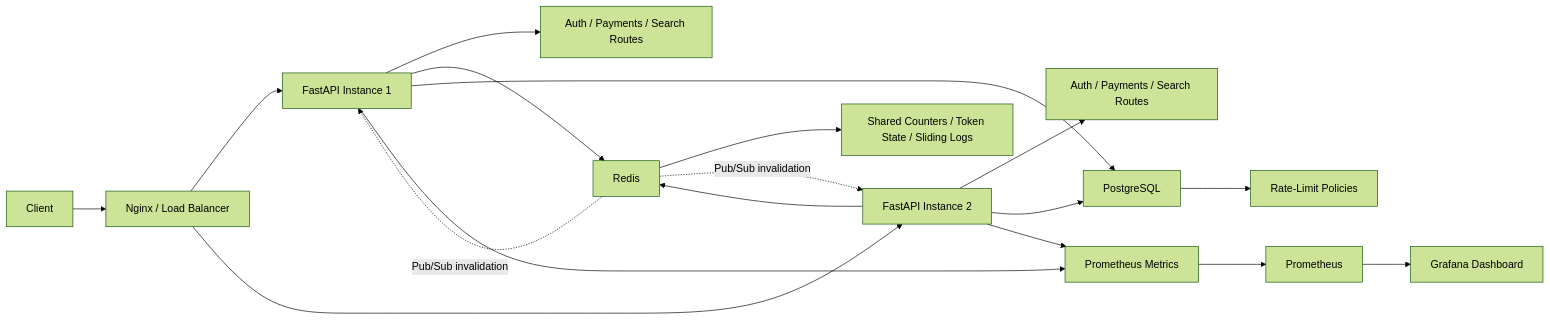
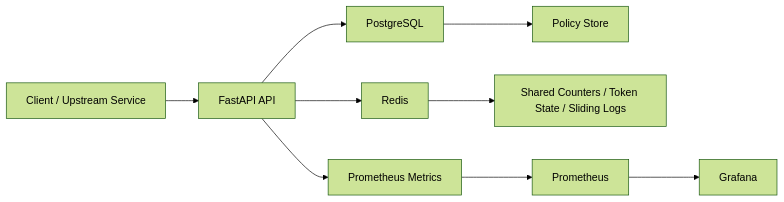
The diagram in README.md (Nava-deep/DistributedRateLimiter), drawn with Mermaid (forest theme) before and after one commit. The commit also changed other lines of this file and 4 other files, not shown here.

````diff
--- a/README.md
+++ b/README.md
@@ -123,25 +66,11 @@
 ```mermaid
 flowchart LR
-    Client["Client"] --> LB["Nginx / Load Balancer"]
-    LB --> API1["FastAPI Instance 1"]
-    LB --> API2["FastAPI Instance 2"]
-
-    API1 --> Services1["Auth / Payments / Search Routes"]
-    API2 --> Services2["Auth / Payments / Search Routes"]
-
-    API1 --> Redis["Redis"]
-    API2 --> Redis
-
-    API1 --> PG["PostgreSQL"]
-    API2 --> PG
-
-    PG --> Policies["Rate-Limit Policies"]
+    Client["Client / Upstream Service"] --> API["FastAPI API"]
+    API --> Redis["Redis"]
+    API --> Postgres["PostgreSQL"]
+    Postgres --> Policies["Policy Store"]
     Redis --> State["Shared Counters / Token State / Sliding Logs"]
-    API1 --> Metrics["Prometheus Metrics"]
-    API2 --> Metrics
+    API --> Metrics["Prometheus Metrics"]
     Metrics --> Prom["Prometheus"]
-    Prom --> Grafana["Grafana Dashboard"]
-
-    Redis -. "Pub/Sub invalidation" .-> API1
-    Redis -. "Pub/Sub invalidation" .-> API2
+    Prom --> Grafana["Grafana"]
 ```
````
